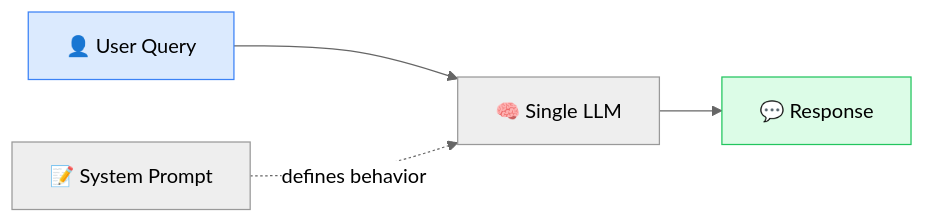
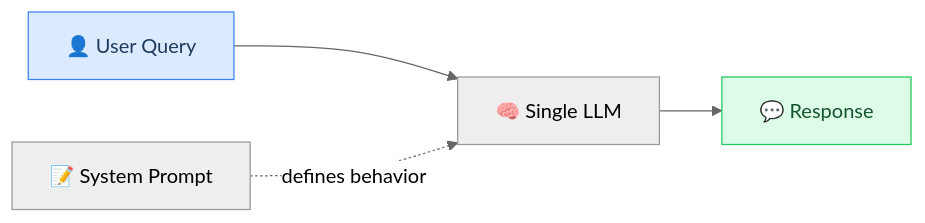
One commit to asq-sheriff/AI-Production-Checklist changed the tenth of 18 diagrams in docs/TECHNOLOGY-SELECTION-GUIDE.md. Above: the diagram before and after it, drawn with Mermaid (neutral theme). The commit also changed other lines of this file and 8 other files, not shown here.

First line of the commit message:
Fix text contrast in all Mermaid diagrams

````diff
--- a/docs/TECHNOLOGY-SELECTION-GUIDE.md
+++ b/docs/TECHNOLOGY-SELECTION-GUIDE.md
@@ -443,9 +443,9 @@
 ```mermaid
 flowchart LR
     UserQuery[👤 User Query] --> LLM[🧠 Single LLM]
     LLM --> Response[💬 Response]
     SystemPrompt[📝 System Prompt] -.-> |defines behavior| LLM
 
-    style UserQuery fill:#dbeafe,stroke:#3b82f6
-    style Response fill:#dcfce7,stroke:#22c55e
+    style UserQuery fill:#dbeafe,stroke:#3b82f6,color:#1e3a5f
+    style Response fill:#dcfce7,stroke:#22c55e,color:#14532d
 ```
````
